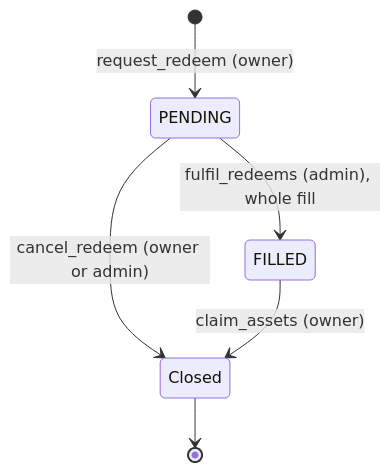
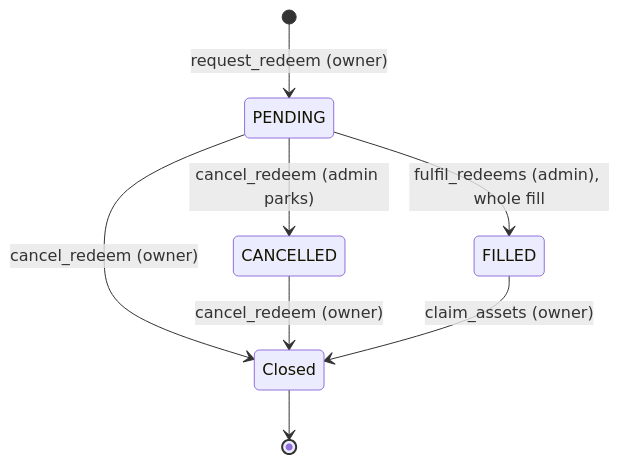
The fourth of 5 diagrams in docs/architecture/state-machines.md (mutav-finance/mutav-protocol-solana), drawn with Mermaid before and after one commit. The commit also changed other lines of this file and 3 other files, not shown here.

````diff
--- a/docs/architecture/state-machines.md
+++ b/docs/architecture/state-machines.md
@@ -97,8 +99,10 @@
 ```mermaid
 stateDiagram-v2
   [*] --> PENDING: request_redeem (owner)
   PENDING --> FILLED: fulfil_redeems (admin), whole fill
-  PENDING --> Closed: cancel_redeem (owner or admin)
+  PENDING --> Closed: cancel_redeem (owner)
+  PENDING --> CANCELLED: cancel_redeem (admin parks)
+  CANCELLED --> Closed: cancel_redeem (owner)
   FILLED --> Closed: claim_assets (owner)
   Closed --> [*]
 ```
````
